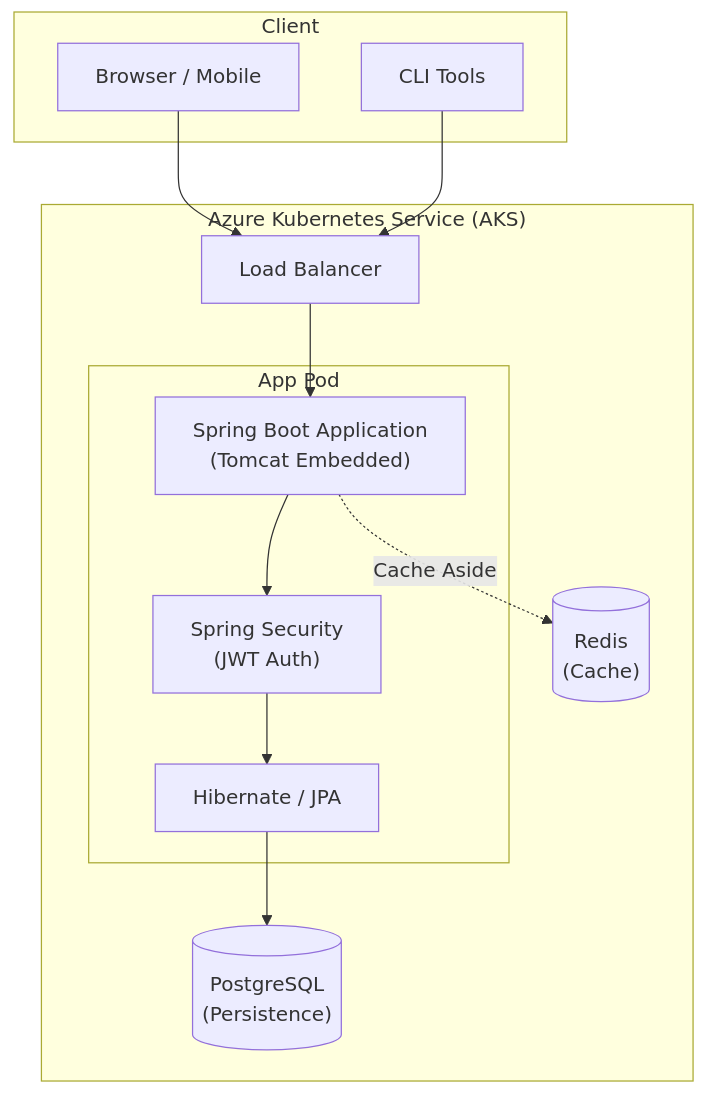
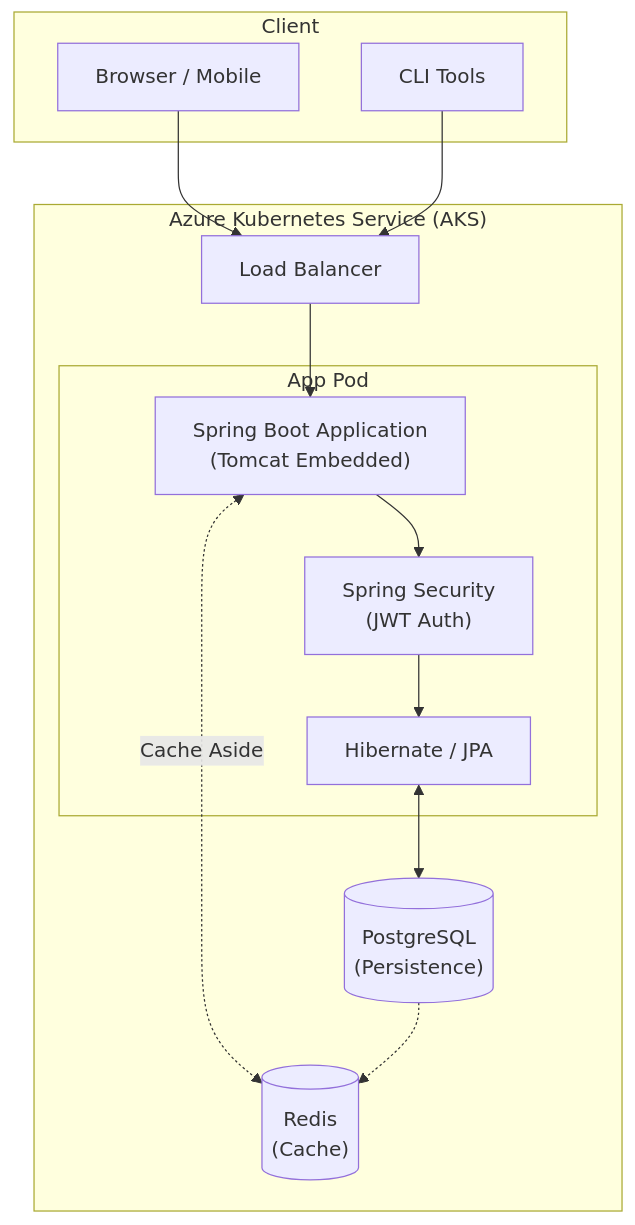
The diagram in docs/architecture_java.mmd (rajeshkumarblr/myurlshortener), drawn with Mermaid before and after one commit. The commit also changed 1 other file, not shown here.

Commit message:
Update architecture diagram arrows

```diff
--- a/docs/architecture_java.mmd
+++ b/docs/architecture_java.mmd
@@ -1,26 +1,27 @@
 graph TD
     subgraph Client
         Browser[Browser / Mobile]
         Curl[CLI Tools]
     end
 
     subgraph Azure_AKS["Azure Kubernetes Service (AKS)"]
         LB[Load Balancer]
         
         subgraph Pod["App Pod"]
             SpringBoot["Spring Boot Application<br/>(Tomcat Embedded)"]
             Security["Spring Security<br/>(JWT Auth)"]
             Hibernate["Hibernate / JPA"]
         end
         
         Redis[("Redis<br/>(Cache)")]
         Postgres[("PostgreSQL<br/>(Persistence)")]
     end
 
     Browser --> LB
     Curl --> LB
     LB --> SpringBoot
     SpringBoot --> Security
     Security --> Hibernate
-    Hibernate --> Postgres
-    SpringBoot -.->|Cache Aside| Redis
+    Hibernate <--> Postgres
+    SpringBoot <..->|Cache Aside| Redis
+    Postgres -.-> Redis
```
